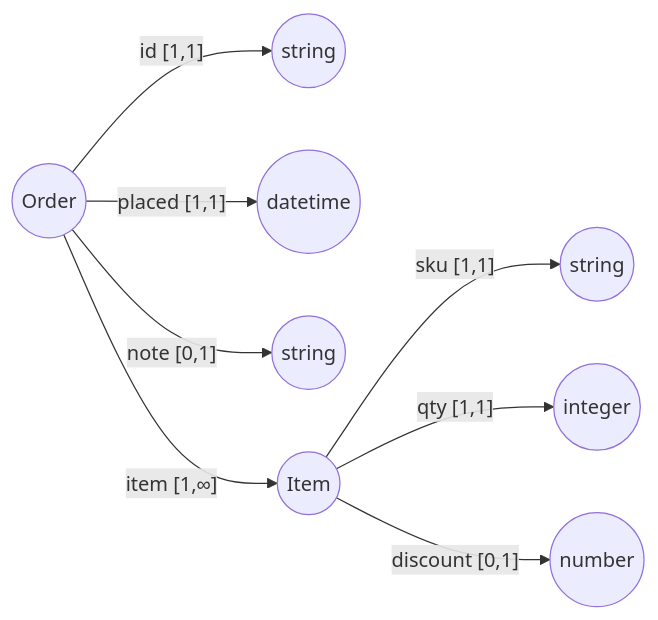
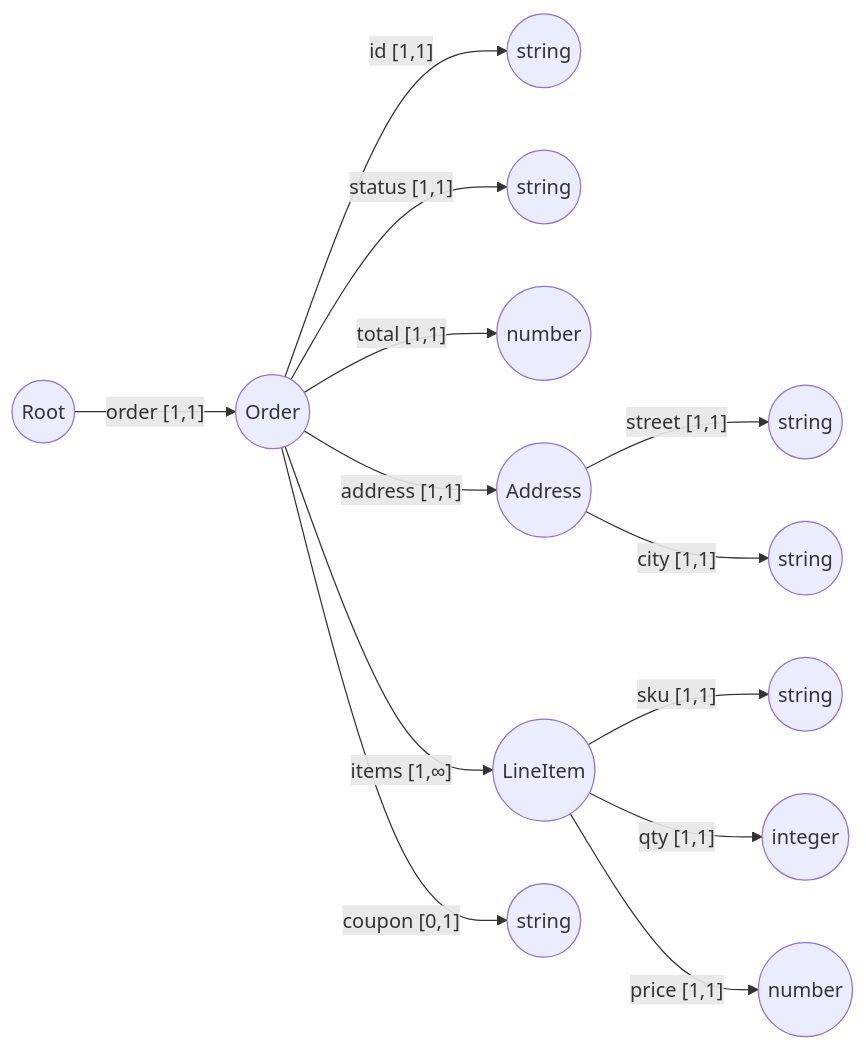
One commit to omnist-dev/omnist-spec changed the diagram in docs/03-schema-model.md. Above: the diagram before and after it, drawn with Mermaid. The commit also changed other lines of this file and 9 other files, not shown here.

First line of the commit message:
Split format codecs into per-format pages, standardize on Order/Address/LineItem example

````diff
--- a/docs/03-schema-model.md
+++ b/docs/03-schema-model.md
@@ -29,10 +36,15 @@
 ```mermaid
 graph LR
-    Order((Order)) -->|"id [1,1]"| string1(("string"))
-    Order -->|"placed [1,1]"| datetime((datetime))
-    Order -->|"note [0,1]"| string2(("string"))
-    Order -->|"item [1,∞]"| Item((Item))
-    Item -->|"sku [1,1]"| string3(("string"))
-    Item -->|"qty [1,1]"| integer((integer))
-    Item -->|"discount [0,1]"| number((number))
+    Root((Root)) -->|"order [1,1]"| Order((Order))
+    Order -->|"id [1,1]"| string1(("string"))
+    Order -->|"status [1,1]"| string2(("string"))
+    Order -->|"total [1,1]"| number1((number))
+    Order -->|"address [1,1]"| Address((Address))
+    Order -->|"items [1,∞]"| LineItem((LineItem))
+    Order -->|"coupon [0,1]"| string3(("string"))
+    Address -->|"street [1,1]"| string4(("string"))
+    Address -->|"city [1,1]"| string5(("string"))
+    LineItem -->|"sku [1,1]"| string6(("string"))
+    LineItem -->|"qty [1,1]"| integer1((integer))
+    LineItem -->|"price [1,1]"| number2((number))
 ```
````
